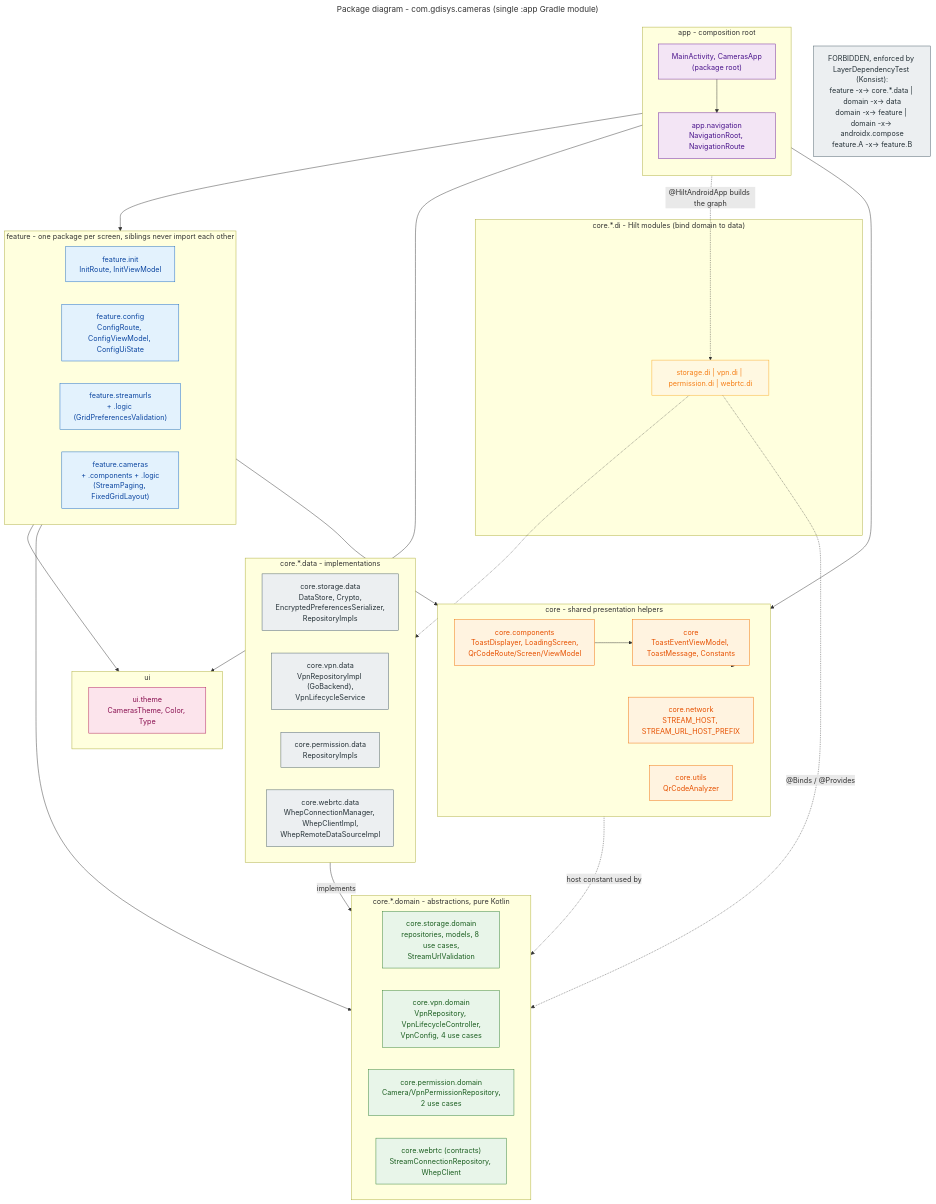
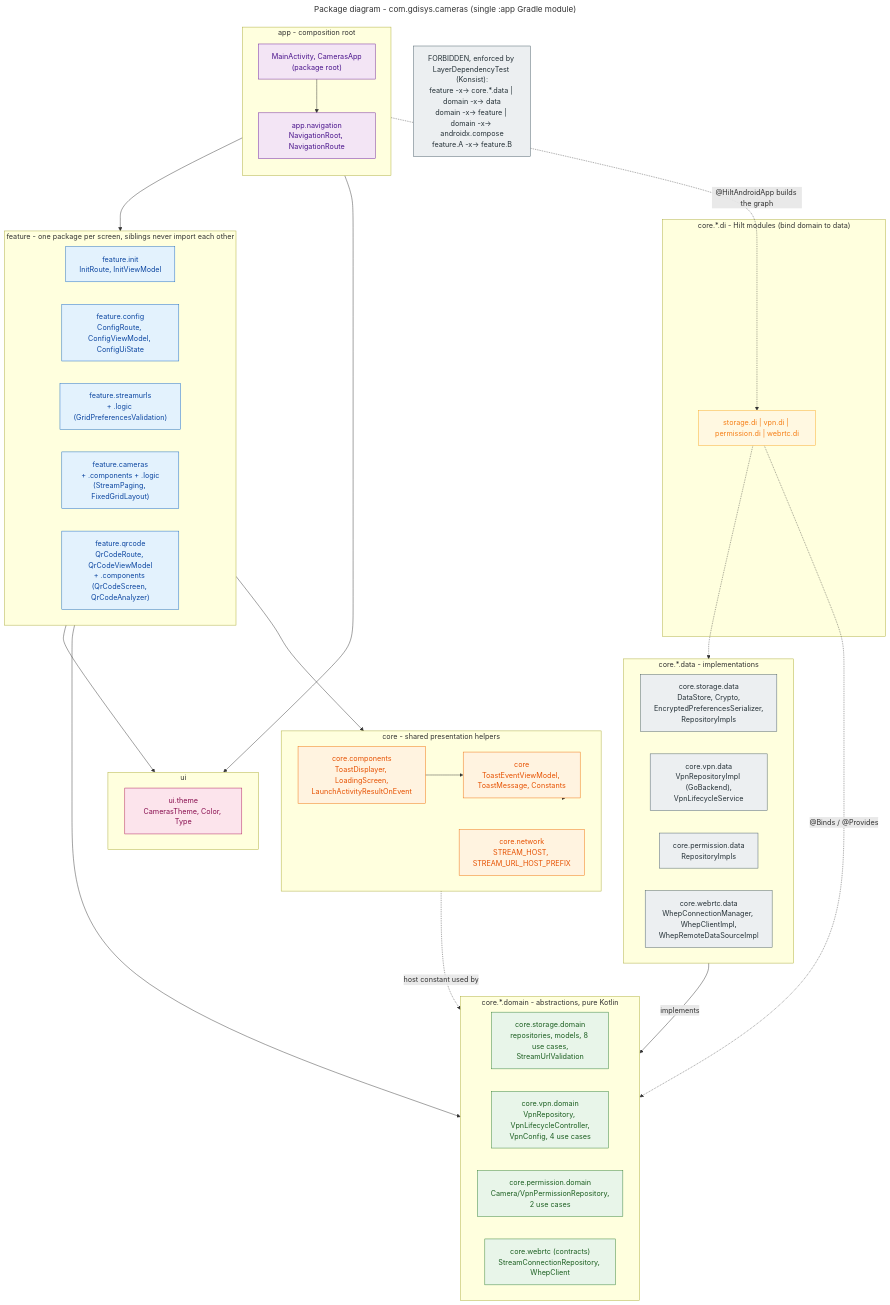
One commit to gdinn/cameras.casa changed the diagram in docs/diagrams/package-diagram.mmd. Above: the diagram before and after it, drawn with Mermaid. The commit also changed 11 other files, not shown here.

First line of the commit message:
refactor: move QR code screen into feature/qrcode (§9.1.2, §9.1.3)

```diff
--- a/docs/diagrams/package-diagram.mmd
+++ b/docs/diagrams/package-diagram.mmd
@@ -1,84 +1,83 @@
 ---
 title: "Package diagram - com.gdisys.cameras (single :app Gradle module)"
 ---
 flowchart TD
   classDef appPkg fill:#f3e5f5,stroke:#6a1b9a,color:#4a148c
   classDef featPkg fill:#e3f2fd,stroke:#1565c0,color:#0d47a1
   classDef domainPkg fill:#e8f5e9,stroke:#2e7d32,color:#1b5e20
   classDef dataPkg fill:#eceff1,stroke:#455a64,color:#263238
   classDef diPkg fill:#fff8e1,stroke:#f9a825,color:#f57f17
   classDef uiPkg fill:#fce4ec,stroke:#ad1457,color:#880e4f
   classDef sharedPkg fill:#fff3e0,stroke:#ef6c00,color:#e65100
 
   subgraph APP["app - composition root"]
     direction TB
     Root["MainActivity, CamerasApp<br/>(package root)"]
     NavPkg["app.navigation<br/>NavigationRoot, NavigationRoute"]
     Root --> NavPkg
   end
 
   subgraph UI["ui"]
     Theme["ui.theme<br/>CamerasTheme, Color, Type"]
   end
 
   subgraph FEATURE["feature - one package per screen, siblings never import each other"]
     direction LR
     FInit["feature.init<br/>InitRoute, InitViewModel"]
     FConfig["feature.config<br/>ConfigRoute, ConfigViewModel, ConfigUiState"]
     FUrls["feature.streamurls<br/>+ .logic (GridPreferencesValidation)"]
     FCam["feature.cameras<br/>+ .components + .logic<br/>(StreamPaging, FixedGridLayout)"]
+    FQr["feature.qrcode<br/>QrCodeRoute, QrCodeViewModel<br/>+ .components (QrCodeScreen, QrCodeAnalyzer)"]
   end
 
   subgraph CORESHARED["core - shared presentation helpers"]
     direction LR
     CBase["core<br/>ToastEventViewModel, ToastMessage, Constants"]
-    CComp["core.components<br/>ToastDisplayer, LoadingScreen,<br/>QrCodeRoute/Screen/ViewModel"]
+    CComp["core.components<br/>ToastDisplayer, LoadingScreen,<br/>LaunchActivityResultOnEvent"]
     CNet["core.network<br/>STREAM_HOST, STREAM_URL_HOST_PREFIX"]
-    CUtils["core.utils<br/>QrCodeAnalyzer"]
   end
 
   subgraph COREDOMAIN["core.*.domain - abstractions, pure Kotlin"]
     direction LR
     SDom["core.storage.domain<br/>repositories, models, 8 use cases,<br/>StreamUrlValidation"]
     VDom["core.vpn.domain<br/>VpnRepository, VpnLifecycleController,<br/>VpnConfig, 4 use cases"]
     PDom["core.permission.domain<br/>Camera/VpnPermissionRepository,<br/>2 use cases"]
     WDom["core.webrtc (contracts)<br/>StreamConnectionRepository, WhepClient"]
   end
 
   subgraph COREDATA["core.*.data - implementations"]
     direction LR
     SData["core.storage.data<br/>DataStore, Crypto,<br/>EncryptedPreferencesSerializer,<br/>RepositoryImpls"]
     VData["core.vpn.data<br/>VpnRepositoryImpl (GoBackend),<br/>VpnLifecycleService"]
     PData["core.permission.data<br/>RepositoryImpls"]
     WData["core.webrtc.data<br/>WhepConnectionManager, WhepClientImpl,<br/>WhepRemoteDataSourceImpl"]
   end
 
   subgraph COREDI["core.*.di - Hilt modules (bind domain to data)"]
     DI["storage.di | vpn.di | permission.di | webrtc.di"]
   end
 
   APP --> FEATURE
   APP --> UI
-  APP --> CComp
   FEATURE --> UI
   FEATURE --> CORESHARED
   FEATURE --> COREDOMAIN
   CComp --> CBase
   CORESHARED --> CBase
 
   COREDATA -->|"implements"| COREDOMAIN
   CNet -.->|"host constant used by"| SDom
   DI -.->|"@Binds / @Provides"| COREDOMAIN
   DI -.-> COREDATA
   APP -.->|"@HiltAndroidApp builds the graph"| DI
 
   Forbidden["FORBIDDEN, enforced by LayerDependencyTest (Konsist):<br/>feature -x-> core.*.data | domain -x-> data<br/>domain -x-> feature | domain -x-> androidx.compose<br/>feature.A -x-> feature.B"]
 
   class Root,NavPkg appPkg
-  class FInit,FConfig,FUrls,FCam featPkg
+  class FInit,FConfig,FUrls,FCam,FQr featPkg
   class SDom,VDom,PDom,WDom domainPkg
   class SData,VData,PData,WData dataPkg
   class DI diPkg
   class Theme uiPkg
-  class CBase,CComp,CNet,CUtils sharedPkg
+  class CBase,CComp,CNet sharedPkg
   class Forbidden dataPkg
```
